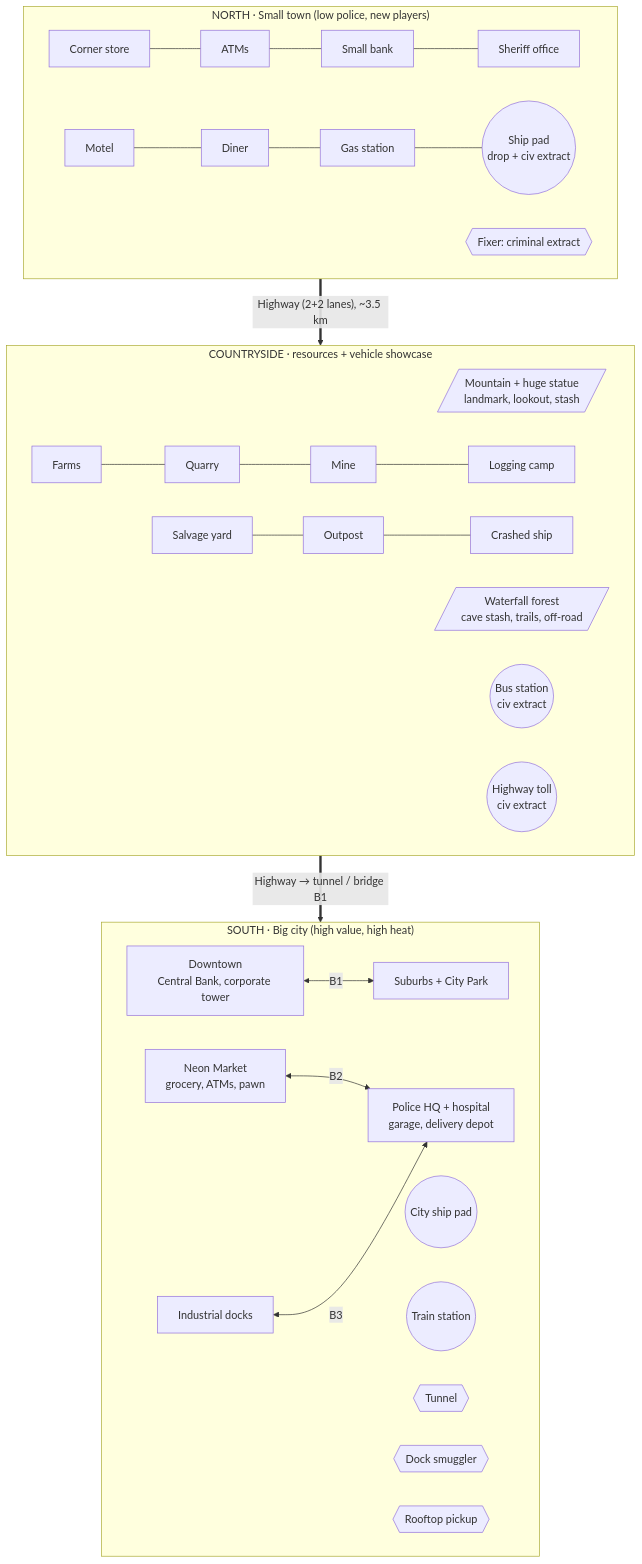
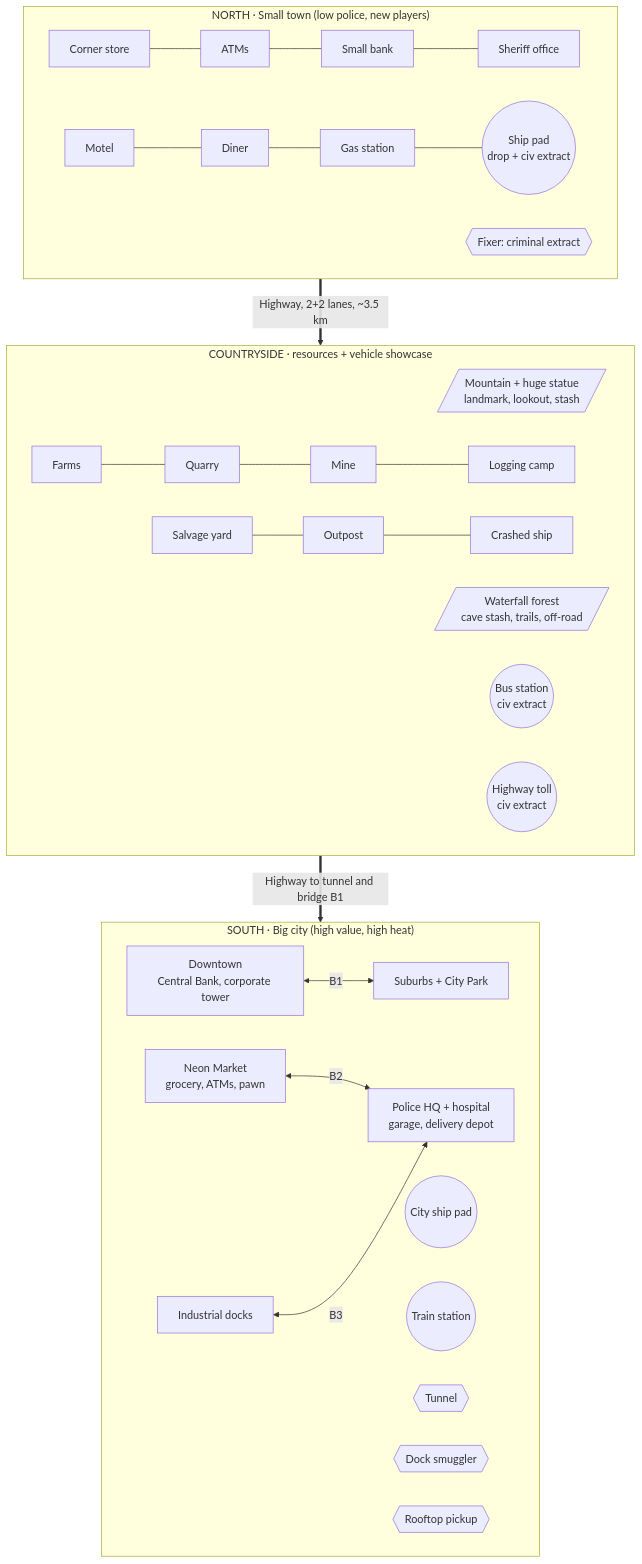
One commit to blizz3010/TheSettlement changed the diagram in docs/raid_city/02_world_layout.md. Above: the diagram before and after it, drawn with Mermaid. The commit also changed other lines of this file and 2 other files, not shown here.

Commit message:
docs(raid city): fix mermaid edge labels and Phase 1 slice size

````diff
--- a/docs/raid_city/02_world_layout.md
+++ b/docs/raid_city/02_world_layout.md
@@ -15,33 +15,33 @@
 ```mermaid
 flowchart TB
   subgraph N["NORTH · Small town (low police, new players)"]
     T1[Corner store] --- T2[ATMs] --- T3[Small bank] --- T4[Sheriff office]
     T5[Motel] --- T6[Diner] --- T7[Gas station] --- TP((Ship pad<br/>drop + civ extract))
     TF{{Fixer: criminal extract}}
   end
   subgraph C["COUNTRYSIDE · resources + vehicle showcase"]
     M[/Mountain + huge statue<br/>landmark, lookout, stash/]
     WF[/Waterfall forest<br/>cave stash, trails, off-road/]
     R1[Farms] --- R2[Quarry] --- R3[Mine] --- R4[Logging camp]
     R5[Salvage yard] --- R6[Outpost] --- R7[Crashed ship]
     BUS((Bus station<br/>civ extract))
     TOLL((Highway toll<br/>civ extract))
   end
   subgraph S["SOUTH · Big city (high value, high heat)"]
     DT[Downtown<br/>Central Bank, corporate tower]
     NM[Neon Market<br/>grocery, ATMs, pawn]
     DK[Industrial docks]
     SB[Suburbs + City Park]
     PH[Police HQ + hospital<br/>garage, delivery depot]
     CP((City ship pad))
     TR((Train station))
     X1{{Tunnel}} 
     X2{{Dock smuggler}}
     X3{{Rooftop pickup}}
   end
-  N == "Highway (2+2 lanes), ~3.5 km" ==> C
-  C == "Highway → tunnel / bridge B1" ==> S
-  DT <-- "B1" --> SB
-  NM <-- "B2" --> PH
-  DK <-- "B3" --> PH
+  N ==>|"Highway, 2+2 lanes, ~3.5 km"| C
+  C ==>|"Highway to tunnel and bridge B1"| S
+  DT <-->|B1| SB
+  NM <-->|B2| PH
+  DK <-->|B3| PH
 ```
````
